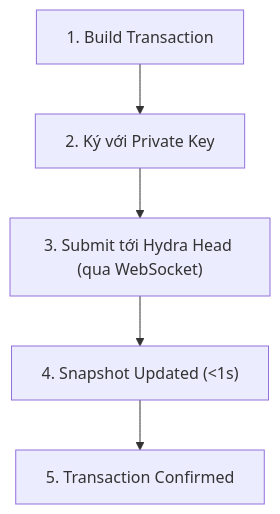
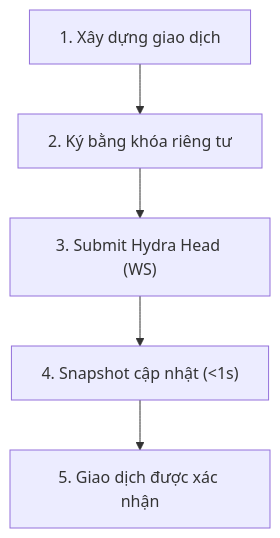
Before and after one commit to Vtechcom/hydra-sdk: the diagram in apps/docs/content/vi/6.hydra-concept/4.transactions-in-hydra.md, drawn with Mermaid. The commit also changed other lines of this file and 9 other files, not shown here.

````diff
--- a/apps/docs/content/vi/6.hydra-concept/4.transactions-in-hydra.md
+++ b/apps/docs/content/vi/6.hydra-concept/4.transactions-in-hydra.md
@@ -24,7 +24,7 @@
 ```mermaid
 graph TD
-  A[1. Build Transaction] --> B[2. Ký với Private Key]
-  B --> C["3. Submit tới Hydra Head (qua WebSocket)"]
-  C --> D["4. Snapshot Updated (<1s)"]
-  D --> E[5. Transaction Confirmed]
+	A[1. Xây dựng giao dịch] --> B[2. Ký bằng khóa riêng tư]
+	B --> C["3. Submit Hydra Head (WS)"]
+	C --> D["4. Snapshot cập nhật (<1s)"]
+	D --> E[5. Giao dịch được xác nhận]
 ```
````
